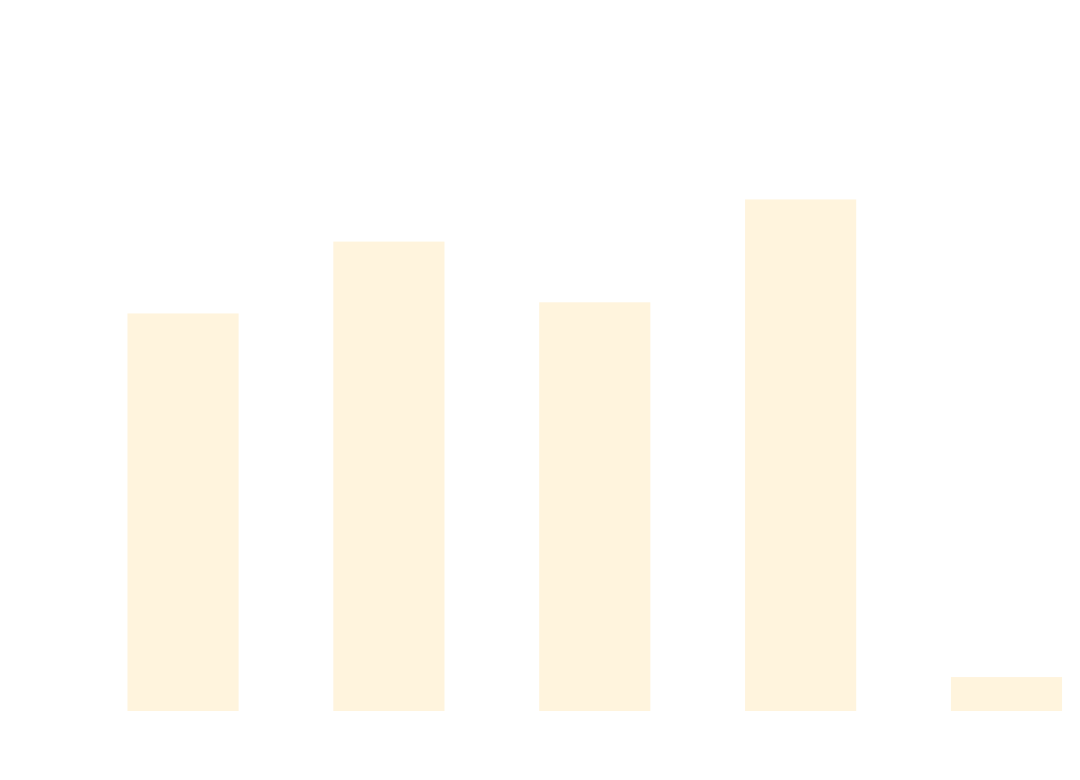
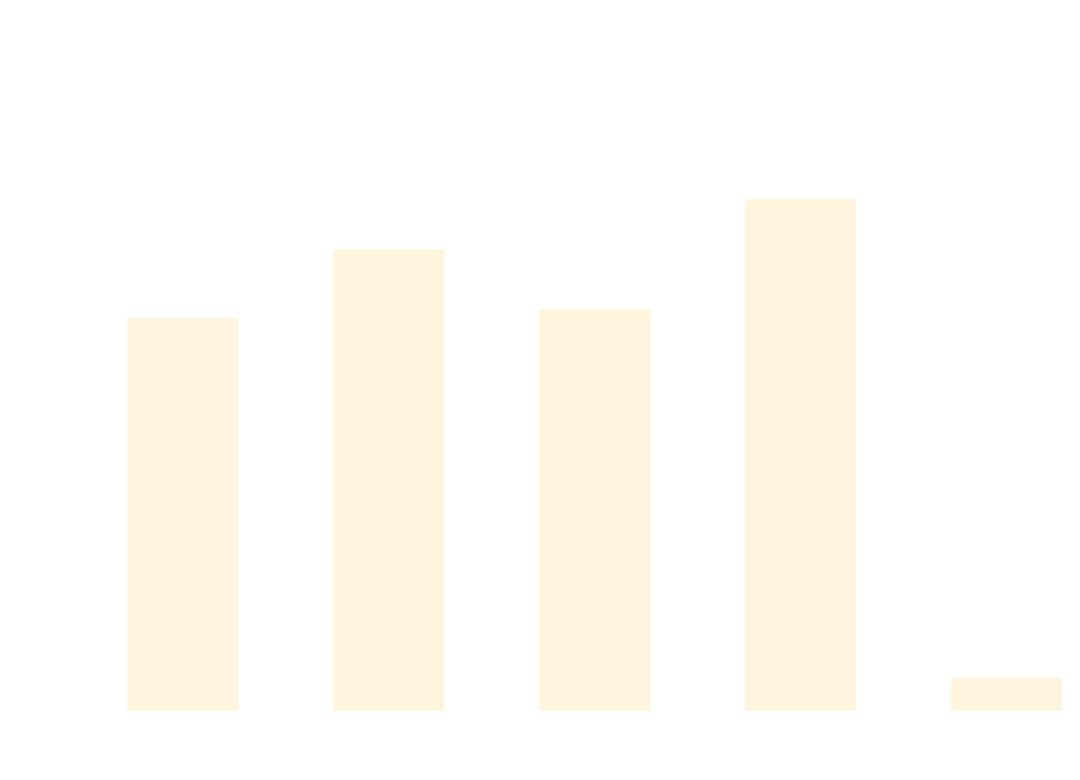
Before and after one commit to thomhurst/TUnit: the diagram in docs/docs/benchmarks/DataDrivenTests.md, drawn with Mermaid. The commit also changed other lines of this file and 17 other files, not shown here.

````diff
--- a/docs/docs/benchmarks/DataDrivenTests.md
+++ b/docs/docs/benchmarks/DataDrivenTests.md
@@ -27,37 +27,37 @@
 ```mermaid
 %%{init: {
   'theme':'base',
   'themeVariables': {
     'primaryColor': '#2563eb',
     'primaryTextColor': '#ffffff',
     'primaryBorderColor': '#1e40af',
     'lineColor': '#6b7280',
     'secondaryColor': '#7c3aed',
     'tertiaryColor': '#dc2626',
     'background': '#ffffff',
     'mainBkg': '#2563eb',
     'secondBkg': '#7c3aed',
     'tertiaryBkg': '#dc2626',
     'clusterBkg': '#f3f4f6',
     'edgeLabelBackground': '#ffffff',
     'tertiaryTextColor': '#1f2937',
     'pie1': '#2563eb',
     'pie2': '#7c3aed',
     'pie3': '#dc2626',
     'pie4': '#f59e0b',
     'pie5': '#10b981',
     'pie6': '#06b6d4',
     'pie7': '#ec4899',
     'pie8': '#6366f1',
     'pie9': '#84cc16',
     'pie10': '#f97316',
     'pie11': '#14b8a6',
     'pie12': '#a855f7'
   }
 }}%%
 xychart-beta
   title "DataDrivenTests Performance Comparison"
   x-axis ["TUnit", "NUnit", "MSTest", "xUnit3", "TUnit_AOT"]
-  y-axis "Time (ms)" 0 --> 688
-  bar [441.72, 524.53, 454.56, 573.1, 22.67]
+  y-axis "Time (ms)" 0 --> 750
+  bar [475.61, 562.15, 486.76, 624.75, 23.47]
 ```
````
